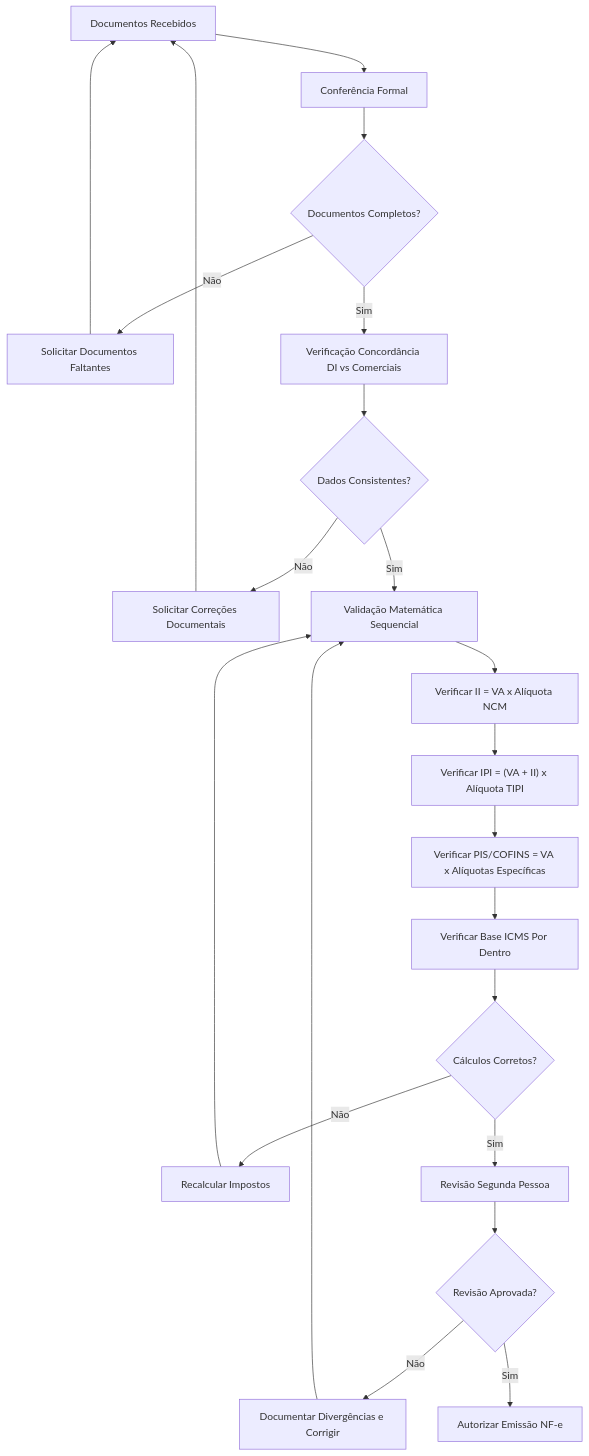
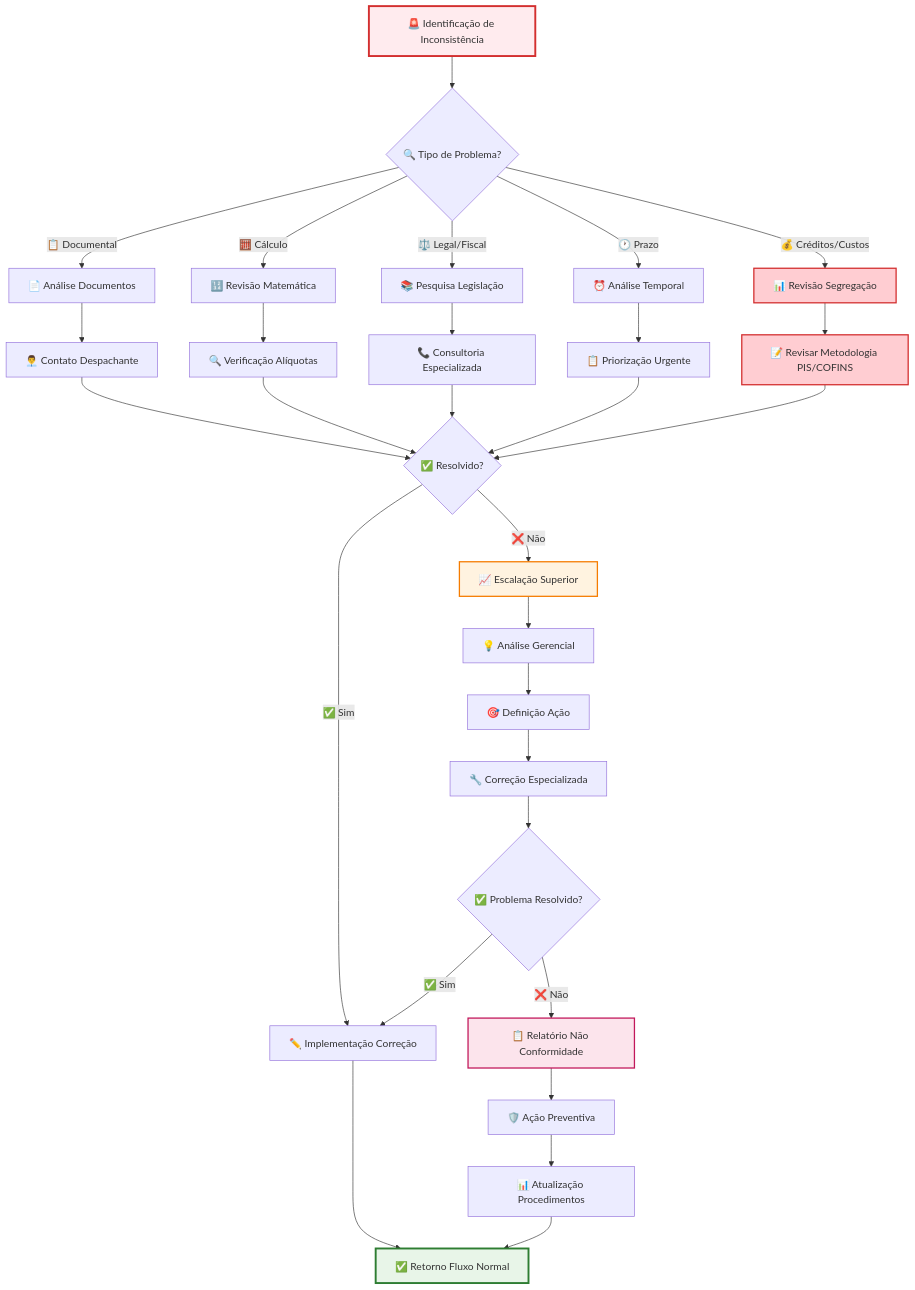
Before and after one commit to ceciliodaher/POP-Expertzy: the third of 5 diagrams in pop/pop_impostos_importacao_v1.md, drawn with Mermaid. The commit also changed other lines of this file and 18 other files, not shown here.

First line of the commit message:
feat: Implementar suporte Mermaid e atualizar POPs para versão 2.0

````diff
--- a/pop/pop_impostos_importacao_v1.md
+++ b/pop/pop_impostos_importacao_v1.md
@@ -815,25 +906,45 @@
 ```mermaid
 graph TD
-    A["Documentos Recebidos"] --> B["Conferência Formal"]
-    B --> C{"Documentos Completos?"}
+    A["🚨 Identificação de Inconsistência"] --> B{"🔍 Tipo de Problema?"}
 
-    C -->|Não| D["Solicitar Documentos Faltantes"] --> A
-    C -->|Sim| E["Verificação Concordância DI vs Comerciais"]
+    B -->|"📋 Documental"| C["📄 Análise Documentos"]
+    B -->|"🧮 Cálculo"| D["🔢 Revisão Matemática"]
+    B -->|"⚖️ Legal/Fiscal"| E["📚 Pesquisa Legislação"]
+    B -->|"🕐 Prazo"| F["⏰ Análise Temporal"]
+    B -->|"💰 Créditos/Custos"| G["📊 Revisão Segregação"]
 
-    E --> F{"Dados Consistentes?"}
-    F -->|Não| G["Solicitar Correções Documentais"] --> A
-    F -->|Sim| H["Validação Matemática Sequencial"]
+    C --> H["👨‍💼 Contato Despachante"]
+    D --> I["🔍 Verificação Alíquotas"]
+    E --> J["📞 Consultoria Especializada"]
+    F --> K["📋 Priorização Urgente"]
+    G --> L["📝 Revisar Metodologia PIS/COFINS"]
 
-    H --> I["Verificar II = VA x Alíquota NCM"]
-    I --> J["Verificar IPI = (VA + II) x Alíquota TIPI"]
-    J --> K["Verificar PIS/COFINS = VA x Alíquotas Específicas"]
-    K --> L["Verificar Base ICMS Por Dentro"]
+    H --> M{"✅ Resolvido?"}
+    I --> M
+    J --> M
+    K --> M
+    L --> M
 
-    L --> M{"Cálculos Corretos?"}
-    M -->|Não| N["Recalcular Impostos"] --> H
-    M -->|Sim| O["Revisão Segunda Pessoa"]
+    M -->|"❌ Não"| N["📈 Escalação Superior"]
+    M -->|"✅ Sim"| O["✏️ Implementação Correção"]
 
-    O --> P{"Revisão Aprovada?"}
-    P -->|Não| Q["Documentar Divergências e Corrigir"] --> H
-    P -->|Sim| R["Autorizar Emissão NF-e"]
+    N --> P["💡 Análise Gerencial"]
+    P --> Q["🎯 Definição Ação"]
+    Q --> R["🔧 Correção Especializada"]
+
+    R --> S{"✅ Problema Resolvido?"}
+    S -->|"❌ Não"| T["📋 Relatório Não Conformidade"]
+    S -->|"✅ Sim"| O
+
+    O --> U["✅ Retorno Fluxo Normal"]
+    T --> V["🛡️ Ação Preventiva"]
+    V --> W["📊 Atualização Procedimentos"]
+    W --> U
+
+    style A fill:#ffebee,stroke:#d32f2f,stroke-width:3px
+    style U fill:#e8f5e8,stroke:#2e7d32,stroke-width:3px
+    style N fill:#fff3e0,stroke:#f57c00,stroke-width:2px
+    style T fill:#fce4ec,stroke:#c2185b,stroke-width:2px
+    style G fill:#ffcdd2,stroke:#d32f2f,stroke-width:2px
+    style L fill:#ffcdd2,stroke:#d32f2f,stroke-width:2px
 ```
````
